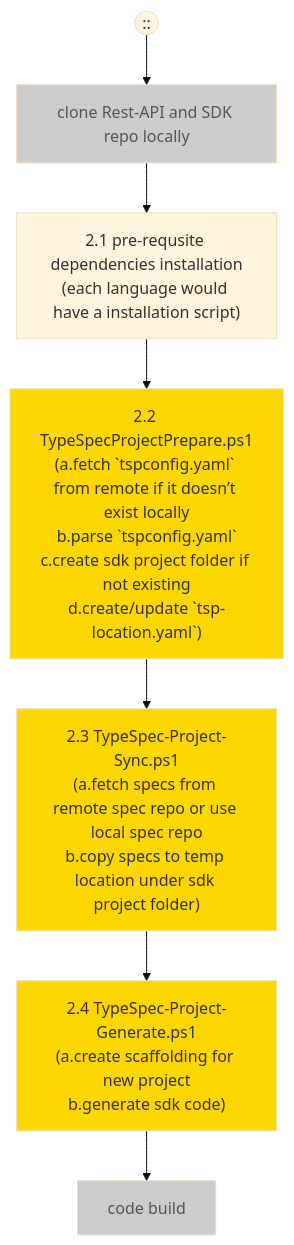
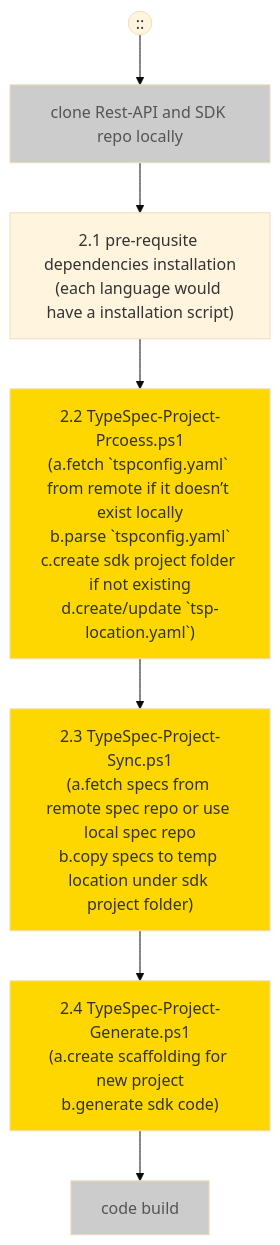
One commit to Azure/azure-rest-api-specs changed the second of 5 diagrams in documentation/typespec-end-to-end-scenarios.md. Above: the diagram before and after it, drawn with Mermaid (base theme).

````diff
--- a/documentation/typespec-end-to-end-scenarios.md
+++ b/documentation/typespec-end-to-end-scenarios.md
@@ -64,24 +64,24 @@
 ```mermaid
 flowchart TD
 classDef highlight fill:#ffd700
 classDef grey fill:#CCCCCC,color:#555555;
 User((::))-->A
 A["clone Rest-API and SDK repo locally"] --> B
 B["2.1 pre-requsite dependencies installation
 (each language would have a installation script)"] --> F
-F["2.2 TypeSpecProjectPrepare.ps1
+F["2.2 TypeSpec-Project-Prcoess.ps1
 (a.fetch `tspconfig.yaml` from remote if it doesn’t exist locally
 b.parse `tspconfig.yaml`
 c.create sdk project folder if not existing
 d.create/update `tsp-location.yaml`)
 "] --> C
 C["2.3 TypeSpec-Project-Sync.ps1
 (a.fetch specs from remote spec repo or use local spec repo
 b.copy specs to temp location under sdk project folder)"] --> D
 D["2.4 TypeSpec-Project-Generate.ps1
 (a.create scaffolding for new project
 b.generate sdk code)"]
 D-->E["code build"]
 class A,E grey
 class C,D,F highlight
 ```
````
